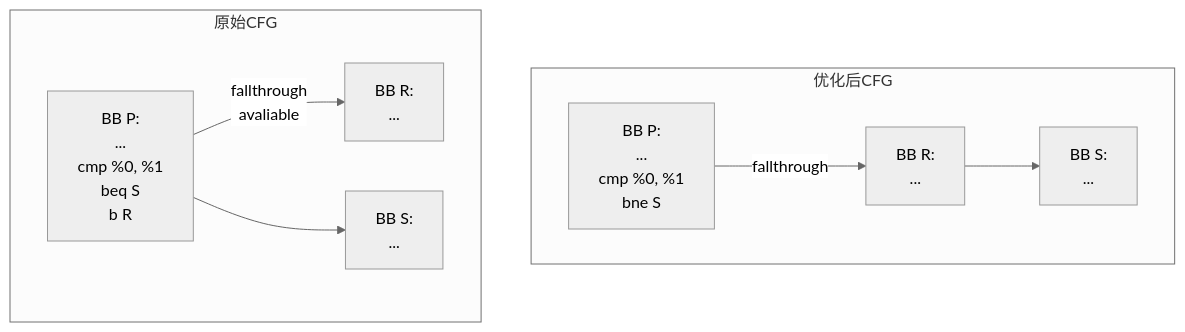
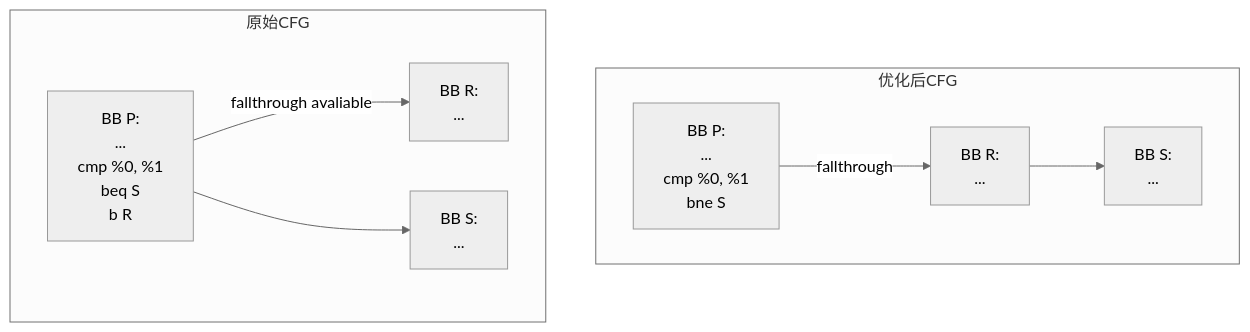
Diagram 21 of 23 in README.md (0x676e616c63/gnalc), drawn with Mermaid (neutral theme) before and after one commit. The commit also changed other lines of this file and 1 other file, not shown here.

````diff
--- a/README.md
+++ b/README.md
@@ -1051,25 +1051,24 @@
 ```mermaid
 flowchart TB
 subgraph 优化后CFG
 P_opt["BB P: 
             ...
 cmp %0, %1
 bne S"] -- fallthrough --> R_opt["BB R:
 ..."]
 R_opt --> S_opt["BB S:
 ..."]
 end
 
 subgraph 原始CFG
 P["BB P:
 ...
 cmp %0, %1
 beq S
 b R"]
-P -- fallthrough
-avaliable --> R["BB R:
+P -- fallthrough avaliable --> R["BB R:
 ..."]
 P --> S["BB S:
 ..."]
 end
 ```
````
